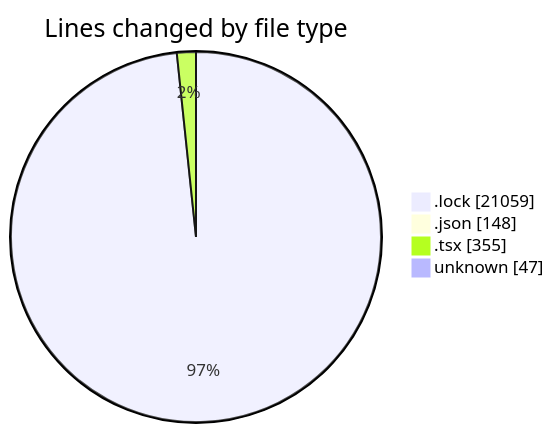
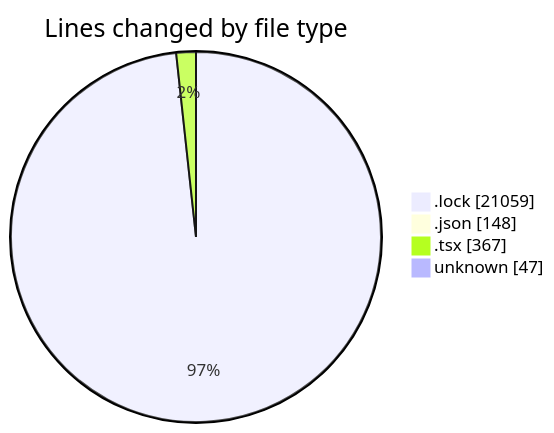
One commit to momahboobian/code-tracking changed the first of 2 diagrams in 2025-10-20/cda/README.md. Above: the diagram before and after it, drawn with Mermaid. The commit also changed other lines of this file and 1 other file, not shown here.

````diff
--- a/2025-10-20/cda/README.md
+++ b/2025-10-20/cda/README.md
@@ -27,8 +27,8 @@
 ```mermaid
 pie showData
 title Lines changed by file type
 ".lock" : 21059
 ".json" : 148
-".tsx" : 355
+".tsx" : 367
 "unknown" : 47
 ```
````
